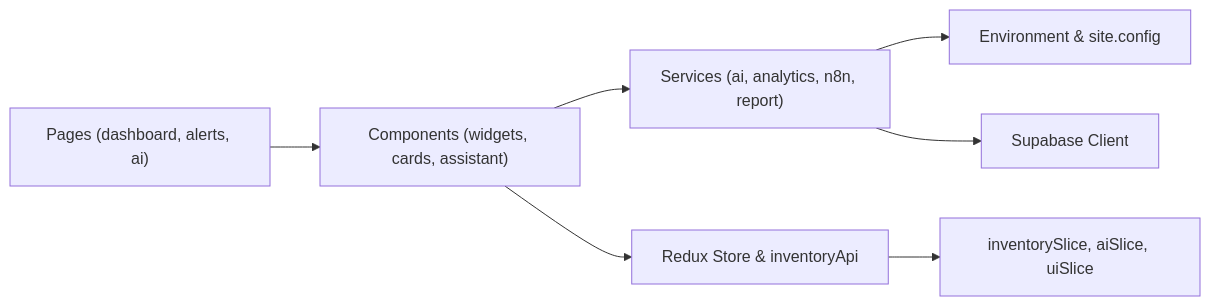
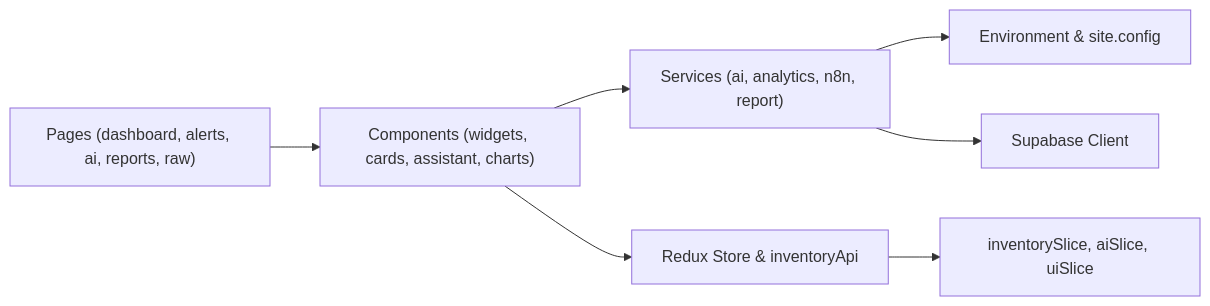
The eighth of 8 diagrams in .qoder/repowiki/en/content/Core Features/Core Features.md (cacamarica/dashboard-ai), drawn with Mermaid before and after one commit. The commit also changed other lines of this file and 14 other files, not shown here.

````diff
--- a/.qoder/repowiki/en/content/Core Features/Core Features.md
+++ b/.qoder/repowiki/en/content/Core Features/Core Features.md
@@ -465,9 +552,9 @@
 ```mermaid
 graph LR
-Pages["Pages (dashboard, alerts, ai)"] --> Components["Components (widgets, cards, assistant)"]
+Pages["Pages (dashboard, alerts, ai, reports, raw)"] --> Components["Components (widgets, cards, assistant, charts)"]
 Components --> Services["Services (ai, analytics, n8n, report)"]
 Services --> Config["Environment & site.config"]
 Services --> Supabase["Supabase Client"]
 Components --> Store["Redux Store & inventoryApi"]
 Store --> Slices["inventorySlice, aiSlice, uiSlice"]
 ```
````
